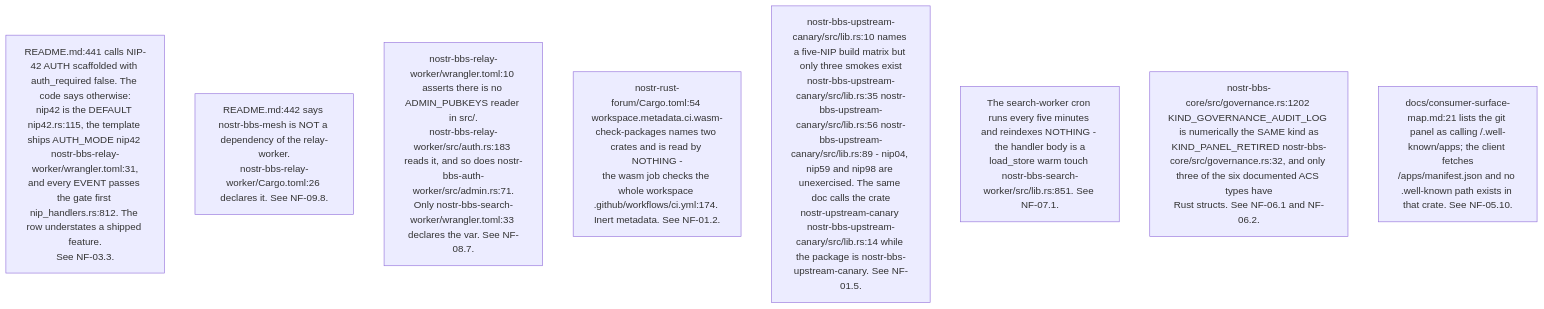
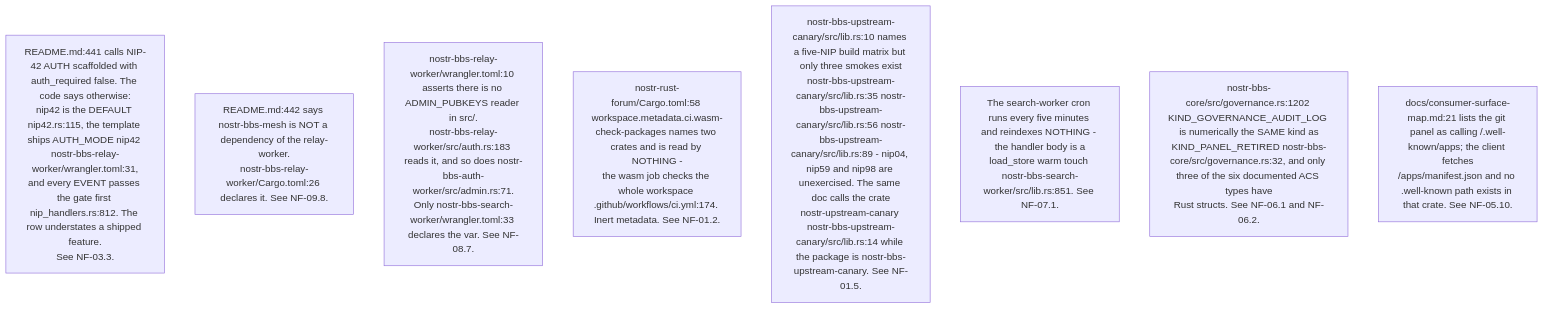
One commit to DreamLab-AI/VisionFlow changed the fifth of 10 diagrams in docs/diagrams/nostr-rust-forum/10-invariants-and-anomaly-register.md. Above: the diagram before and after it, drawn with Mermaid. The commit also changed other lines of this file and 31 other files, not shown here.

````diff
--- a/docs/diagrams/nostr-rust-forum/10-invariants-and-anomaly-register.md
+++ b/docs/diagrams/nostr-rust-forum/10-invariants-and-anomaly-register.md
@@ -118,11 +121,11 @@
 ```mermaid
 flowchart TB
     DD1["README.md:441 calls NIP-42 AUTH scaffolded with auth_required false. The code says otherwise:<br/>nip42 is the DEFAULT nip42.rs:115, the template ships AUTH_MODE nip42 nostr-bbs-relay-worker/wrangler.toml:31,<br/>and every EVENT passes the gate first nip_handlers.rs:812. The row understates a shipped feature.<br/>See NF-03.3."]
     DD2["README.md:442 says nostr-bbs-mesh is NOT a dependency of the relay-worker.<br/>nostr-bbs-relay-worker/Cargo.toml:26 declares it. See NF-09.8."]
     DD3["nostr-bbs-relay-worker/wrangler.toml:10 asserts there is no ADMIN_PUBKEYS reader in src/.<br/>nostr-bbs-relay-worker/src/auth.rs:183 reads it, and so does nostr-bbs-auth-worker/src/admin.rs:71.<br/>Only nostr-bbs-search-worker/wrangler.toml:33 declares the var. See NF-08.7."]
-    DD4["nostr-rust-forum/Cargo.toml:54 workspace.metadata.ci.wasm-check-packages names two crates and is read by NOTHING -<br/>the wasm job checks the whole workspace .github/workflows/ci.yml:174. Inert metadata. See NF-01.2."]
+    DD4["nostr-rust-forum/Cargo.toml:58 workspace.metadata.ci.wasm-check-packages names two crates and is read by NOTHING -<br/>the wasm job checks the whole workspace .github/workflows/ci.yml:174. Inert metadata. See NF-01.2."]
     DD5["nostr-bbs-upstream-canary/src/lib.rs:10 names a five-NIP build matrix but only three smokes exist<br/>nostr-bbs-upstream-canary/src/lib.rs:35 nostr-bbs-upstream-canary/src/lib.rs:56 nostr-bbs-upstream-canary/src/lib.rs:89 - nip04, nip59 and nip98 are unexercised. The same doc calls the crate<br/>nostr-upstream-canary nostr-bbs-upstream-canary/src/lib.rs:14 while the package is nostr-bbs-upstream-canary. See NF-01.5."]
     DD6["The search-worker cron runs every five minutes and reindexes NOTHING - the handler body is a<br/>load_store warm touch nostr-bbs-search-worker/src/lib.rs:851. See NF-07.1."]
     DD7["nostr-bbs-core/src/governance.rs:1202 KIND_GOVERNANCE_AUDIT_LOG is numerically the SAME kind as<br/>KIND_PANEL_RETIRED nostr-bbs-core/src/governance.rs:32, and only three of the six documented ACS types have<br/>Rust structs. See NF-06.1 and NF-06.2."]
     DD8["docs/consumer-surface-map.md:21 lists the git panel as calling /.well-known/apps; the client fetches<br/>/apps/manifest.json and no .well-known path exists in that crate. See NF-05.10."]
 ```
````
